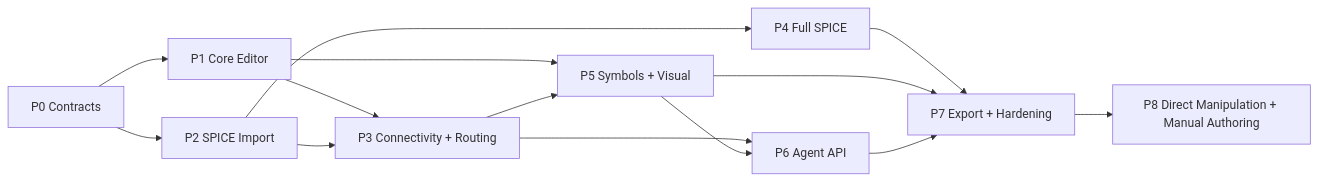
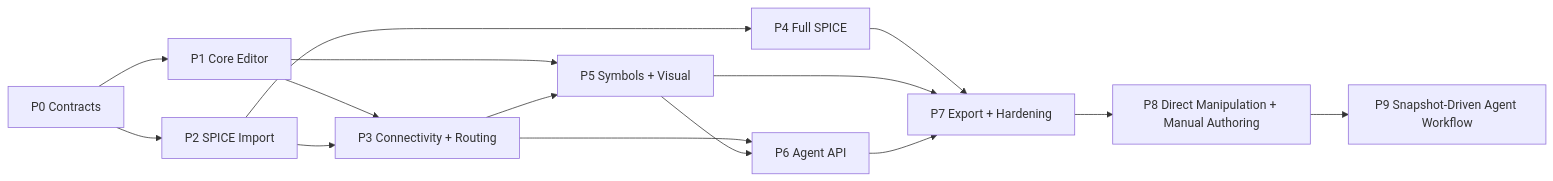
One commit to Huangshu0010/analog-canvas changed the diagram in docs/roadmap/README.md. Above: the diagram before and after it, drawn with Mermaid. The commit also changed other lines of this file and 144 other files, not shown here.

Commit message:
Checkpoint integrated editor and Agent workflow

````diff
--- a/docs/roadmap/README.md
+++ b/docs/roadmap/README.md
@@ -22,16 +23,17 @@
 ```mermaid
 flowchart LR
     P0["P0 Contracts"] --> P1["P1 Core Editor"]
     P0 --> P2["P2 SPICE Import"]
     P1 --> P3["P3 Connectivity + Routing"]
     P2 --> P3
     P2 --> P4["P4 Full SPICE"]
     P1 --> P5["P5 Symbols + Visual"]
     P3 --> P5
     P3 --> P6["P6 Agent API"]
     P5 --> P6
     P4 --> P7["P7 Export + Hardening"]
     P5 --> P7
     P6 --> P7
     P7 --> P8["P8 Direct Manipulation + Manual Authoring"]
+    P8 --> P9["P9 Snapshot-Driven Agent Workflow"]
 ```
````
